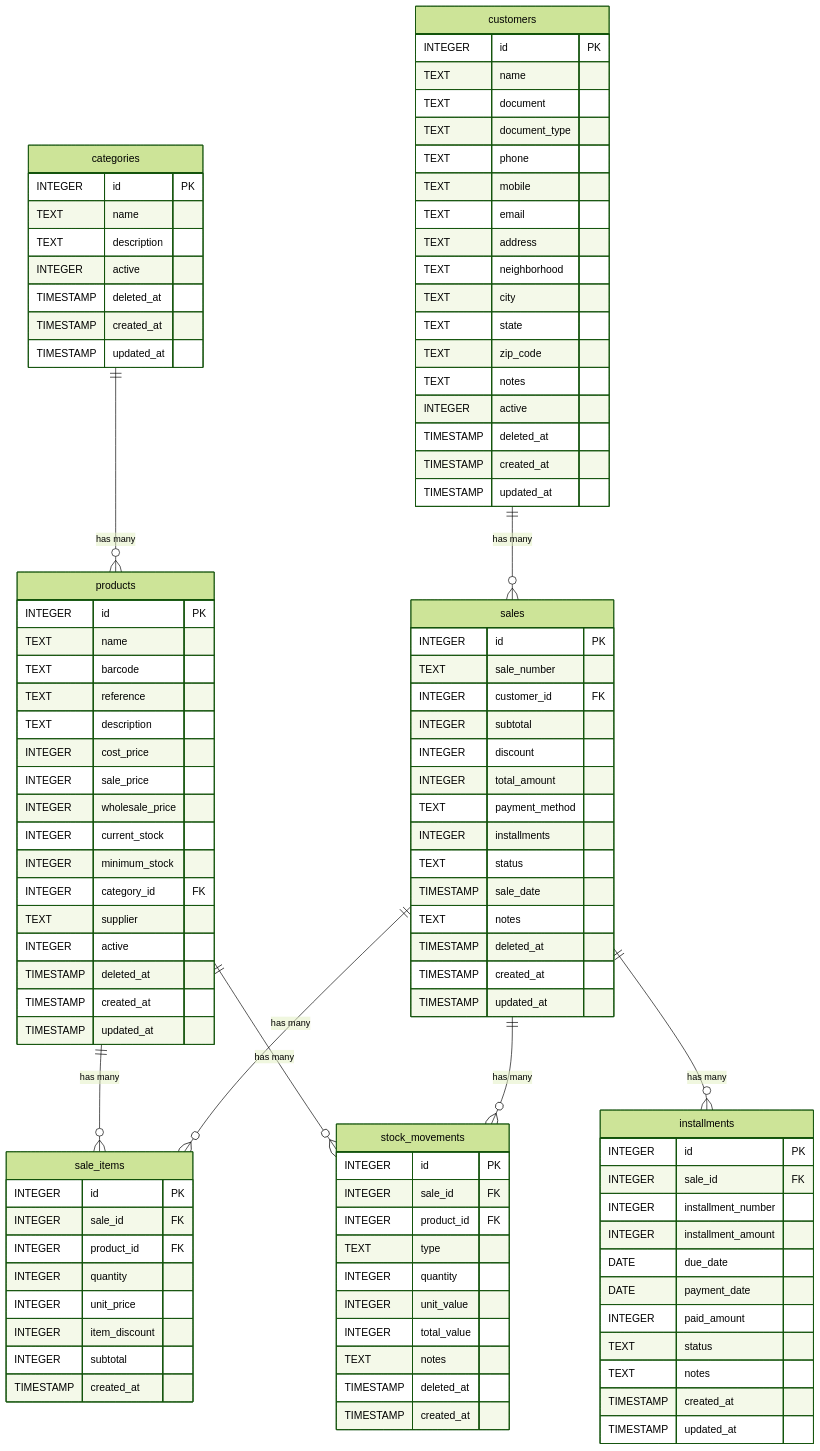
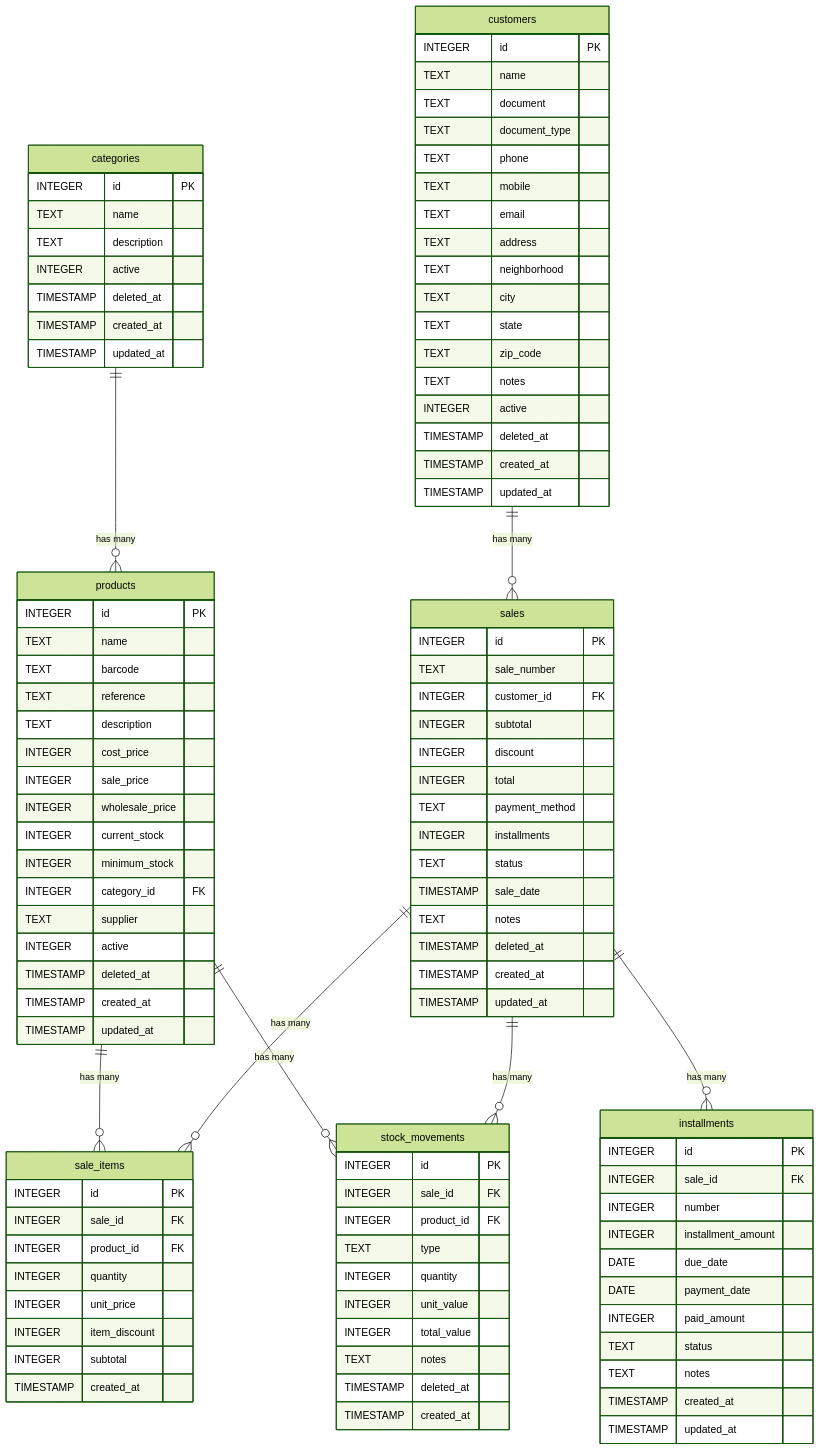
One commit to josecarlos19/top-vendas changed the diagram in exemplo_apps/appvendas - usar/nova_versao.mmd. Above: the diagram before and after it, drawn with Mermaid (forest theme).

Commit message:
chore: update mermaid db schema

```diff
--- a/exemplo_apps/appvendas - usar/nova_versao.mmd
+++ b/exemplo_apps/appvendas - usar/nova_versao.mmd
@@ -1,113 +1,113 @@
 erDiagram
     categories {
         INTEGER id PK
         TEXT name
         TEXT description
         INTEGER active
         TIMESTAMP deleted_at
         TIMESTAMP created_at
         TIMESTAMP updated_at
     }
 
     customers {
         INTEGER id PK
         TEXT name
         TEXT document
         TEXT document_type
         TEXT phone
         TEXT mobile
         TEXT email
         TEXT address
         TEXT neighborhood
         TEXT city
         TEXT state
         TEXT zip_code
         TEXT notes
         INTEGER active
         TIMESTAMP deleted_at
         TIMESTAMP created_at
         TIMESTAMP updated_at
     }
 
     products {
         INTEGER id PK
         TEXT name
         TEXT barcode
         TEXT reference
         TEXT description
         INTEGER cost_price
         INTEGER sale_price
         INTEGER wholesale_price
         INTEGER current_stock
         INTEGER minimum_stock
         INTEGER category_id FK
         TEXT supplier
         INTEGER active
         TIMESTAMP deleted_at
         TIMESTAMP created_at
         TIMESTAMP updated_at
     }
 
     sales {
         INTEGER id PK
         TEXT sale_number
         INTEGER customer_id FK
         INTEGER subtotal
         INTEGER discount
-        INTEGER total_amount
+        INTEGER total
         TEXT payment_method
         INTEGER installments
         TEXT status
         TIMESTAMP sale_date
         TEXT notes
         TIMESTAMP deleted_at
         TIMESTAMP created_at
         TIMESTAMP updated_at
     }
 
     sale_items {
         INTEGER id PK
         INTEGER sale_id FK
         INTEGER product_id FK
         INTEGER quantity
         INTEGER unit_price
         INTEGER item_discount
         INTEGER subtotal
         TIMESTAMP created_at
     }
 
     installments {
         INTEGER id PK
         INTEGER sale_id FK
-        INTEGER installment_number
+        INTEGER number
         INTEGER installment_amount
         DATE due_date
         DATE payment_date
         INTEGER paid_amount
         TEXT status
         TEXT notes
         TIMESTAMP created_at
         TIMESTAMP updated_at
     }
 
     stock_movements {
         INTEGER id PK
         INTEGER sale_id FK
         INTEGER product_id FK
         TEXT type
         INTEGER quantity
         INTEGER unit_value
         INTEGER total_value
         TEXT notes
         TIMESTAMP deleted_at
         TIMESTAMP created_at
     }
 
     %% Relationships
     categories ||--o{ products : "has many"
     customers ||--o{ sales : "has many"
     products ||--o{ sale_items : "has many"
     products ||--o{ stock_movements : "has many"
     sales ||--o{ sale_items : "has many"
     sales ||--o{ installments : "has many"
     sales ||--o{ stock_movements : "has many"
```
